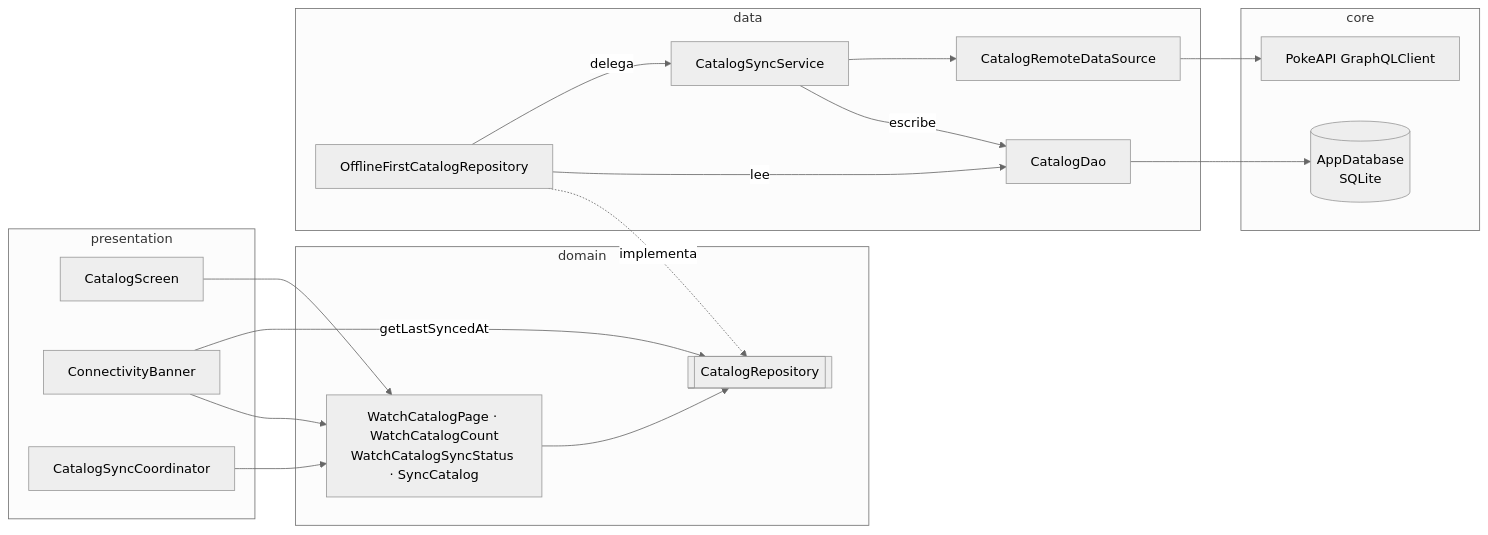
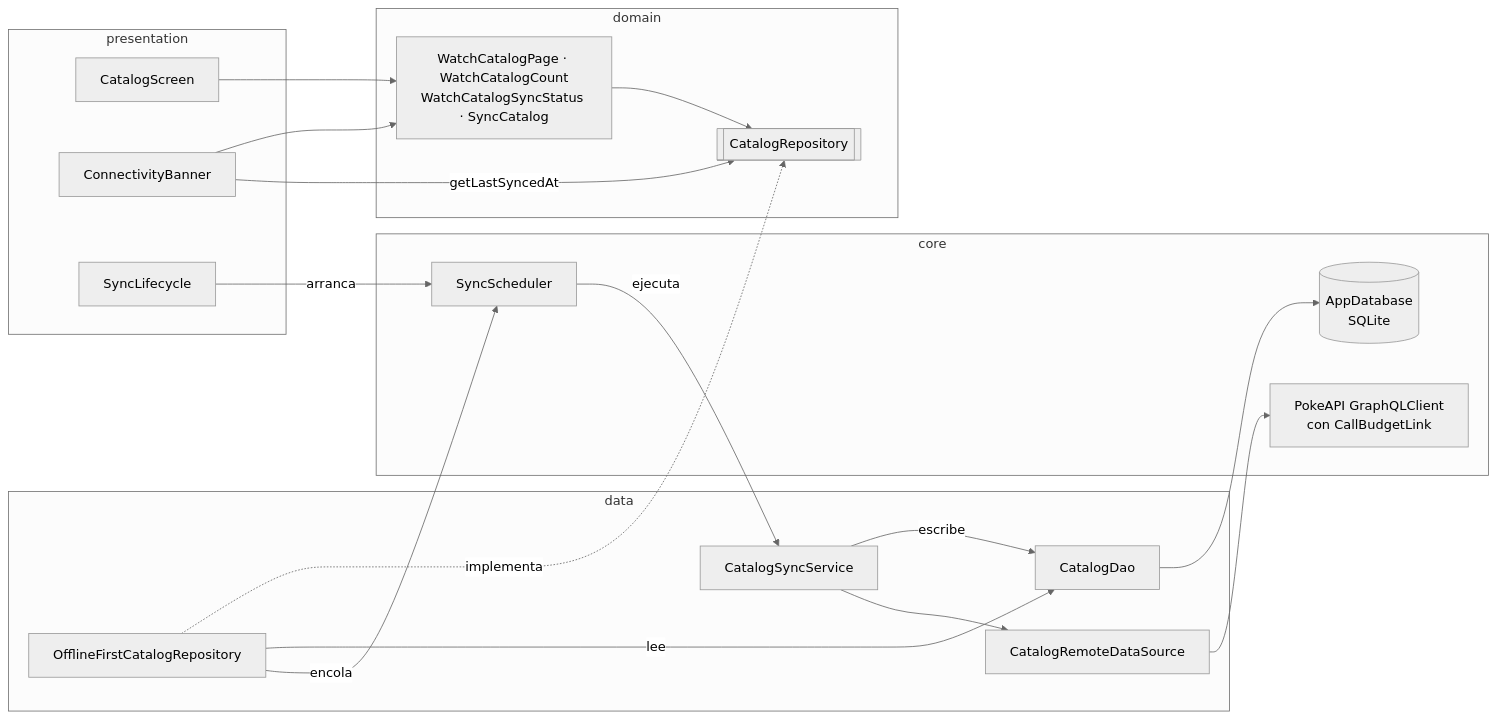
Before and after one commit to JoseHidalgoG/pokedex-flutter: the first of 5 diagrams in docs/arquitectura.md, drawn with Mermaid (neutral theme). The commit also changed other lines of this file, not shown here.

````diff
--- a/docs/arquitectura.md
+++ b/docs/arquitectura.md
@@ -34,38 +37,40 @@
 ```mermaid
 flowchart LR
   subgraph presentation
     Screen[CatalogScreen]
     Banner[ConnectivityBanner]
-    Coordinator[CatalogSyncCoordinator]
+    Lifecycle[SyncLifecycle]
   end
 
   subgraph domain
     UseCases["WatchCatalogPage · WatchCatalogCount<br/>WatchCatalogSyncStatus · SyncCatalog"]
     Contract[["CatalogRepository"]]
   end
 
   subgraph data
     Repo[OfflineFirstCatalogRepository]
     Sync[CatalogSyncService]
     Dao[CatalogDao]
     Remote[CatalogRemoteDataSource]
   end
 
   subgraph core
+    Scheduler[SyncScheduler]
     Db[(AppDatabase<br/>SQLite)]
-    Client[PokeAPI GraphQLClient]
+    Client["PokeAPI GraphQLClient<br/>con CallBudgetLink"]
   end
 
   Screen --> UseCases
-  Coordinator --> UseCases
+  Lifecycle -- arranca --> Scheduler
   Banner --> UseCases
   Banner -- getLastSyncedAt --> Contract
   UseCases --> Contract
   Repo -. implementa .-> Contract
   Repo -- lee --> Dao
-  Repo -- delega --> Sync
+  Repo -- encola --> Scheduler
+  Scheduler -- ejecuta --> Sync
   Sync -- escribe --> Dao
   Sync --> Remote
   Remote --> Client
   Dao --> Db
 ```
````
